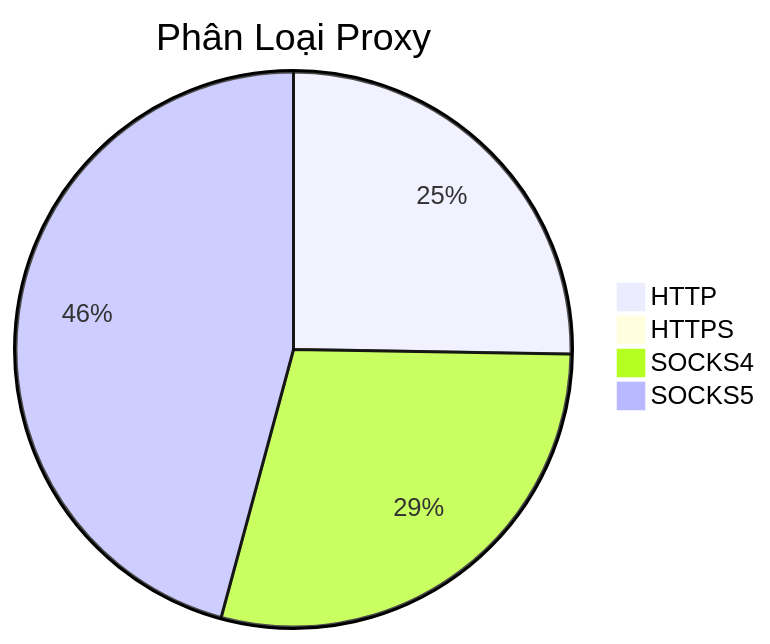
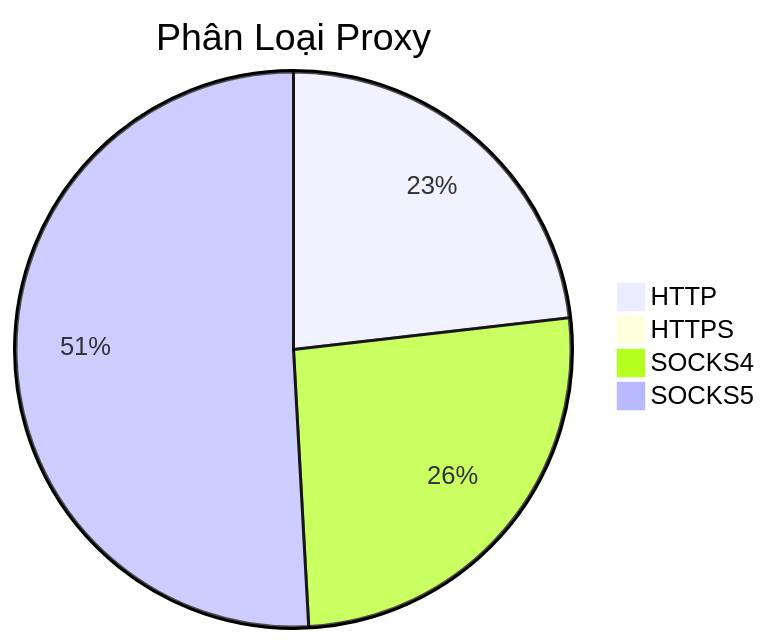
One commit to Ciara-12/PROXY-free changed the diagram in README.md. Above: the diagram before and after it, drawn with Mermaid. The commit also changed other lines of this file and 3 other files, not shown here.

````diff
--- a/README.md
+++ b/README.md
@@ -26,7 +26,7 @@
 ```mermaid
 pie title Phân Loại Proxy
-    "HTTP" : 310
+    "HTTP" : 318
     "HTTPS" : 2
-    "SOCKS4" : 355
-    "SOCKS5" : 562
+    "SOCKS4" : 356
+    "SOCKS5" : 698
 ```
````
